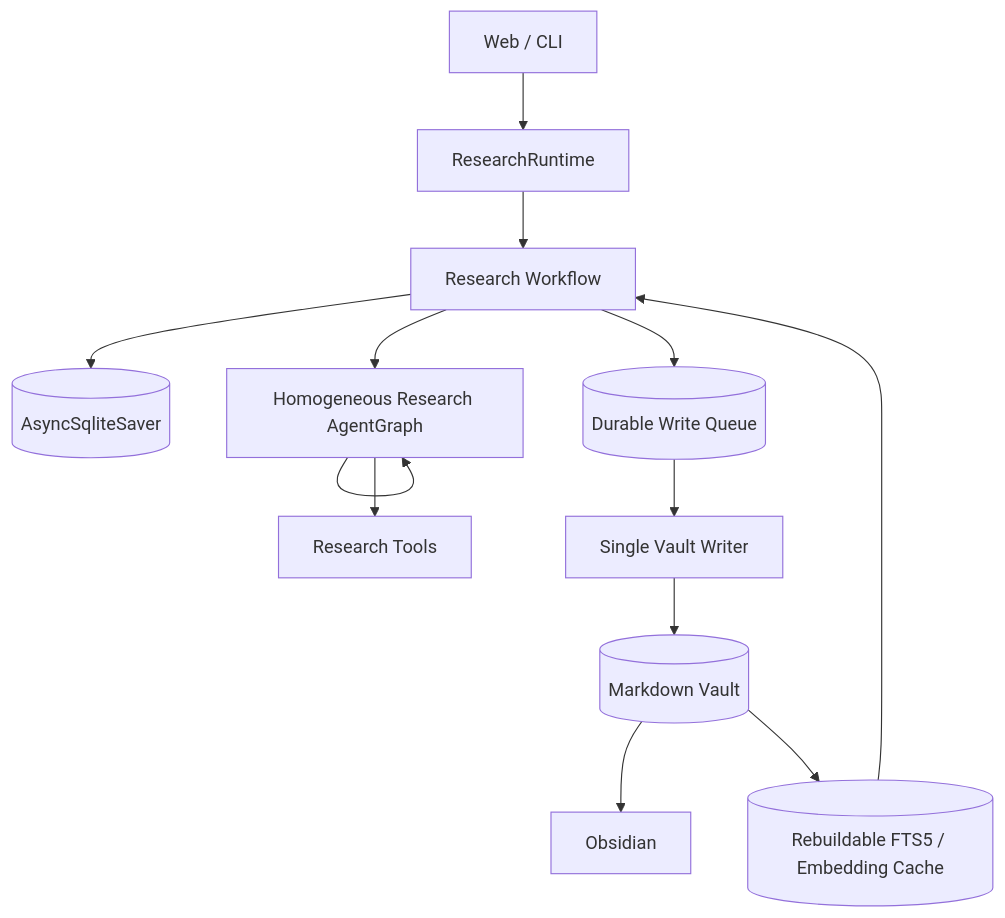
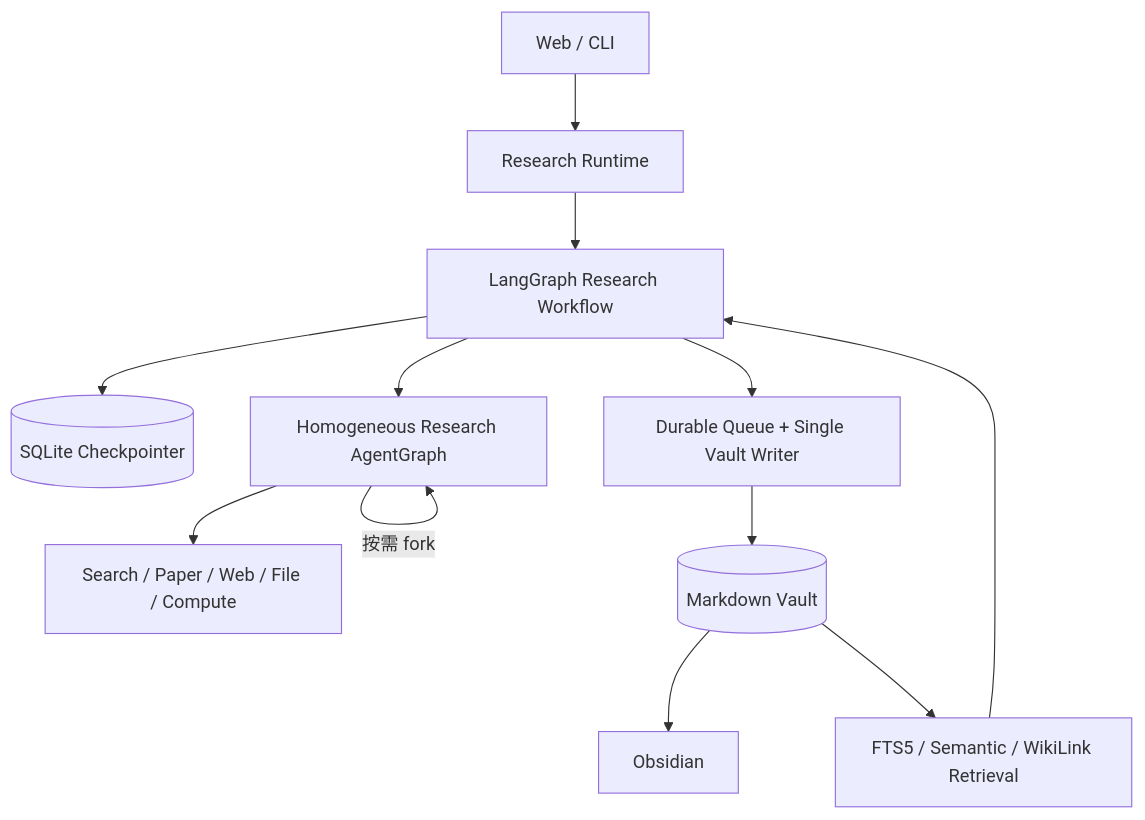
The second of 2 diagrams in README.md (boluodaixue/paperpilot), drawn with Mermaid before and after one commit. The commit also changed other lines of this file, not shown here.

Commit message:
docs: present PaperPilot LLM Wiki journey

````diff
--- a/README.md
+++ b/README.md
@@ -56,15 +93,14 @@
 ```mermaid
 flowchart TB
-    UI[Web / CLI] --> RT[ResearchRuntime]
-    RT --> WF[Research Workflow]
-    WF --> CP[(AsyncSqliteSaver)]
+    UI[Web / CLI] --> RT[Research Runtime]
+    RT --> WF[LangGraph Research Workflow]
+    WF --> CP[(SQLite Checkpointer)]
     WF --> AG[Homogeneous Research AgentGraph]
-    AG --> AG
-    AG --> TOOLS[Research Tools]
-    WF --> Q[(Durable Write Queue)]
-    Q --> VW[Single Vault Writer]
-    VW --> VAULT[(Markdown Vault)]
+    AG -->|按需 fork| AG
+    AG --> TOOLS[Search / Paper / Web / File / Compute]
+    WF --> WRITER[Durable Queue + Single Vault Writer]
+    WRITER --> VAULT[(Markdown Vault)]
     VAULT --> OBS[Obsidian]
-    VAULT --> IDX[(Rebuildable FTS5 / Embedding Cache)]
-    IDX --> WF
+    VAULT --> RETRIEVAL[FTS5 / Semantic / WikiLink Retrieval]
+    RETRIEVAL --> WF
 ```
````
